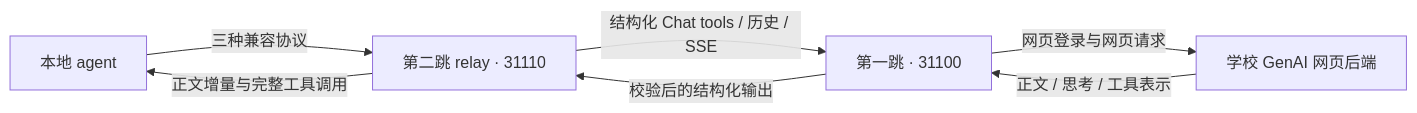
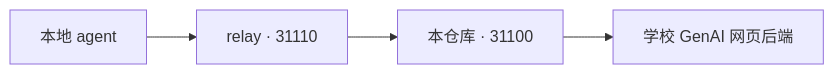
The diagram in README.md (FrozenYears/shanghaitech-genai2api), drawn with Mermaid before and after one commit. The commit also changed other lines of this file and 4 other files, not shown here.

````diff
--- a/README.md
+++ b/README.md
@@ -9,9 +11,6 @@
 ```mermaid
 flowchart LR
-    A[本地 agent] -->|三种兼容协议| R[第二跳 relay · 31110]
-    R -->|结构化 Chat tools / 历史 / SSE| F[第一跳 · 31100]
-    F -->|网页登录与网页请求| W[学校 GenAI 网页后端]
-    W -->|正文 / 思考 / 工具表示| F
-    F -->|校验后的结构化输出| R
-    R -->|正文增量与完整工具调用| A
+    A[本地 agent] --> R[relay · 31110]
+    R --> F[本仓库 · 31100]
+    F --> W[学校 GenAI 网页后端]
 ```
````
